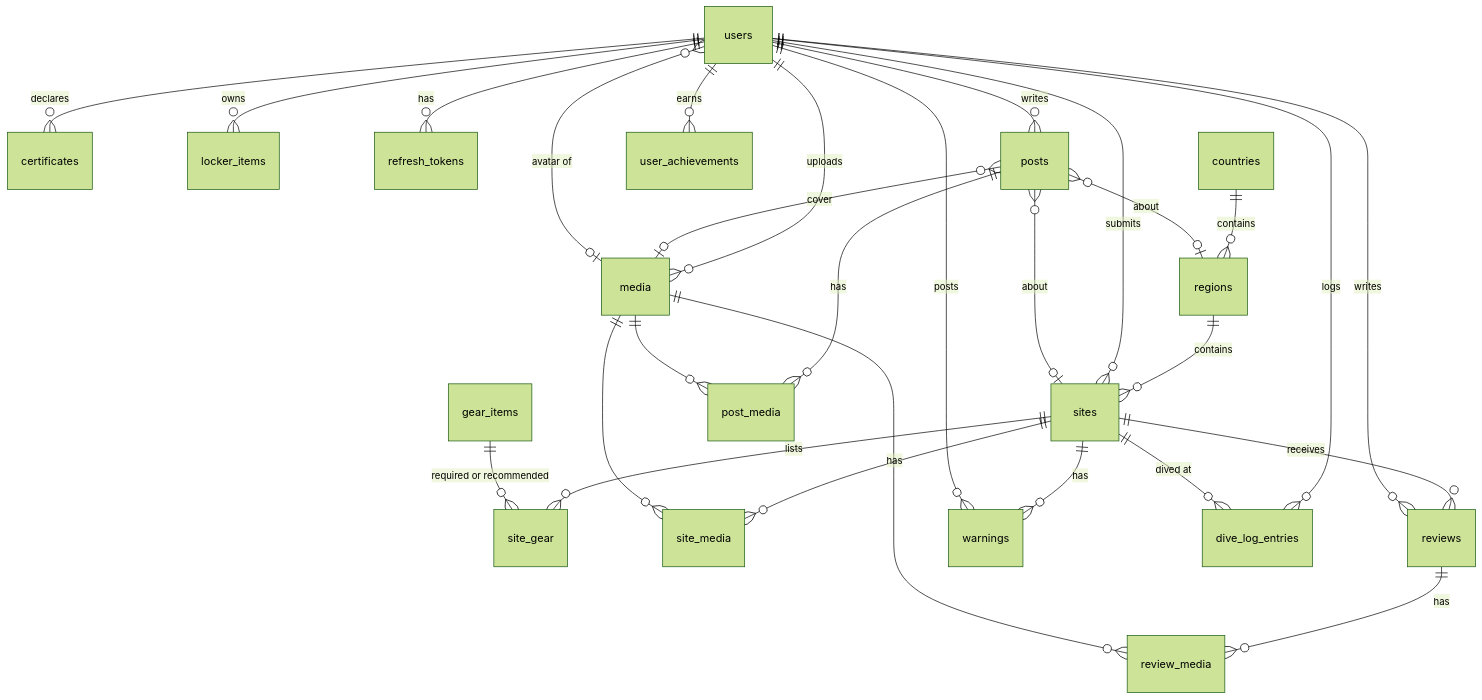
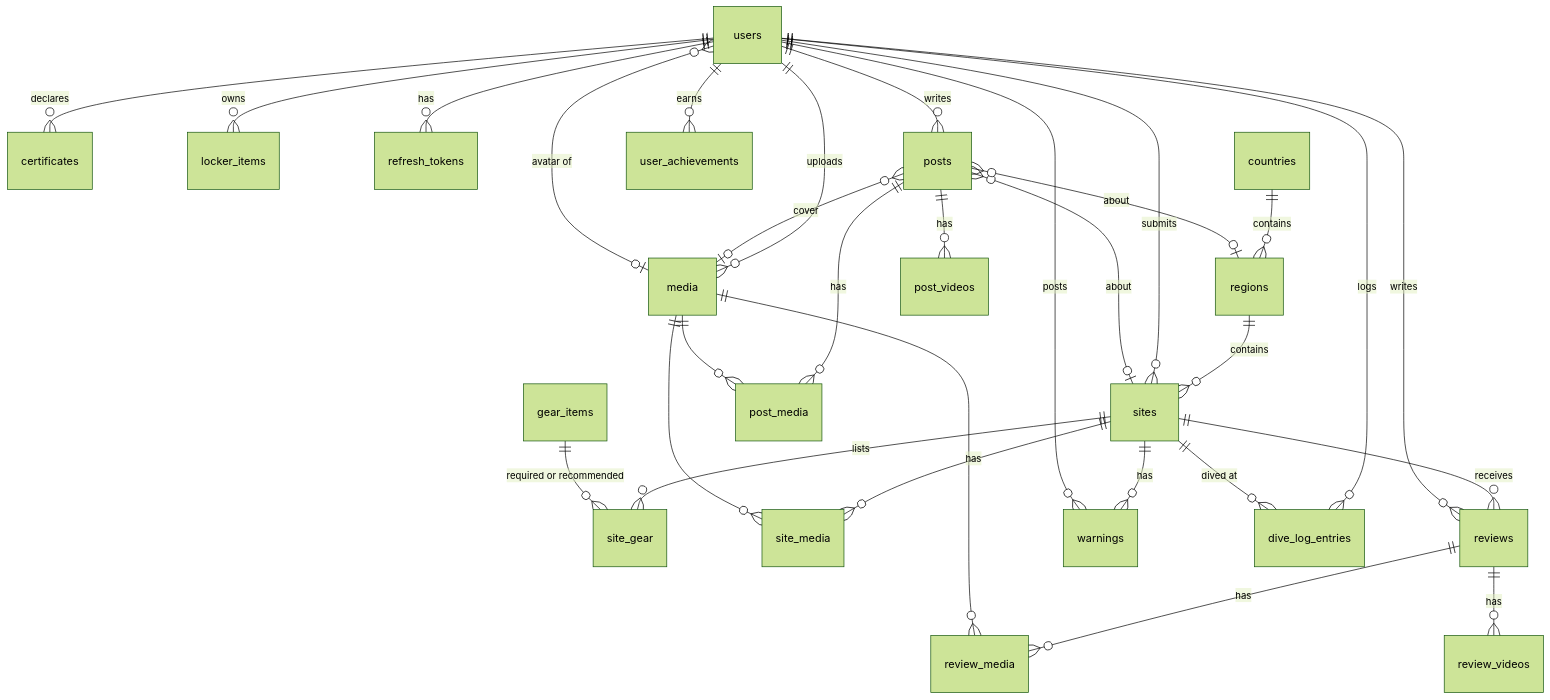
The second of 2 diagrams in docs/ARCHITECTURE.md (otipz19/naukma-divenet), drawn with Mermaid (forest theme) before and after one commit. The commit also changed other lines of this file and 66 other files, not shown here.

````diff
--- a/docs/ARCHITECTURE.md
+++ b/docs/ARCHITECTURE.md
@@ -132,30 +132,32 @@
 ```mermaid
 erDiagram
   users ||--o{ certificates : declares
   users ||--o{ locker_items : owns
   media |o--o{ users : "avatar of"
   users ||--o{ refresh_tokens : has
   countries ||--o{ regions : contains
   regions ||--o{ sites : contains
   sites ||--o{ site_gear : lists
   gear_items ||--o{ site_gear : "required or recommended"
   users ||--o{ sites : submits
   users ||--o{ media : uploads
   sites ||--o{ site_media : has
   sites ||--o{ reviews : receives
   users ||--o{ reviews : writes
   reviews ||--o{ review_media : has
   sites ||--o{ warnings : has
   users ||--o{ warnings : posts
   users ||--o{ dive_log_entries : logs
   sites ||--o{ dive_log_entries : "dived at"
   users ||--o{ user_achievements : earns
   users ||--o{ posts : writes
   posts }o--o| sites : "about"
   posts }o--o| regions : "about"
   posts ||--o{ post_media : has
+  posts ||--o{ post_videos : has
+  reviews ||--o{ review_videos : has
   posts }o--o| media : cover
   media ||--o{ site_media : ""
   media ||--o{ review_media : ""
   media ||--o{ post_media : ""
 ```
````
